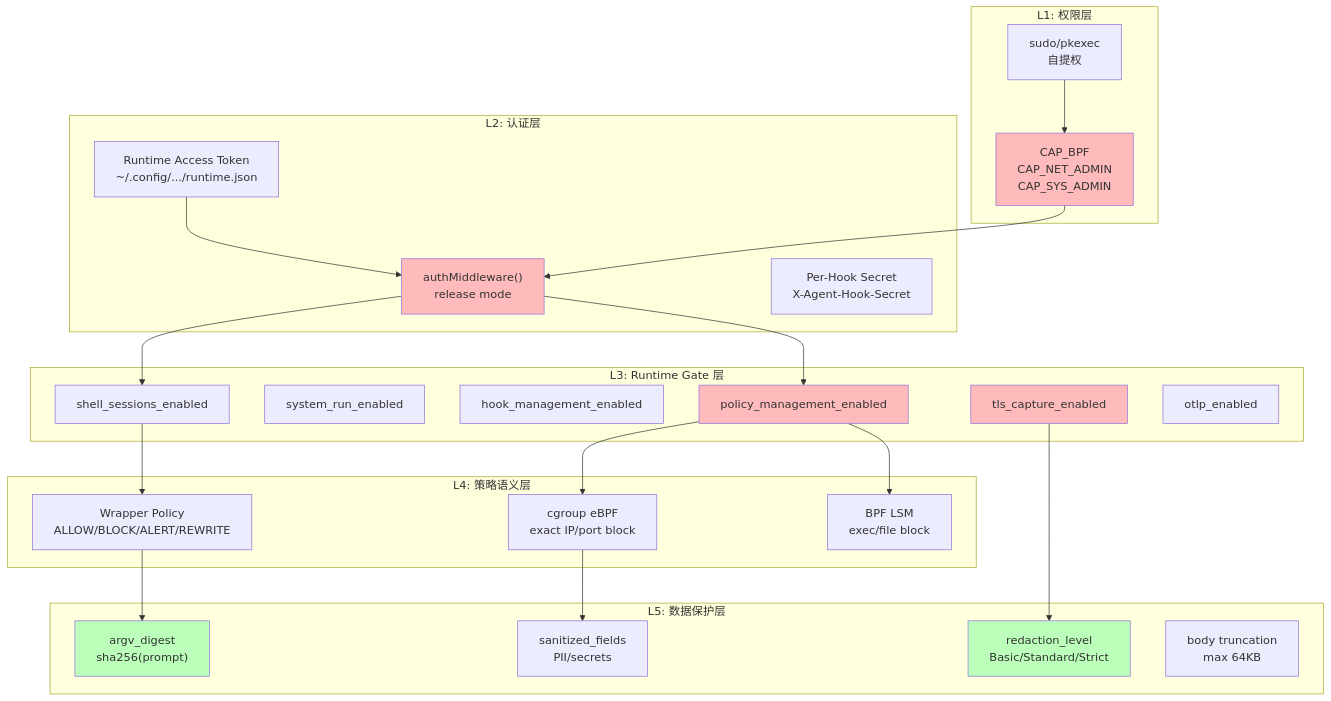
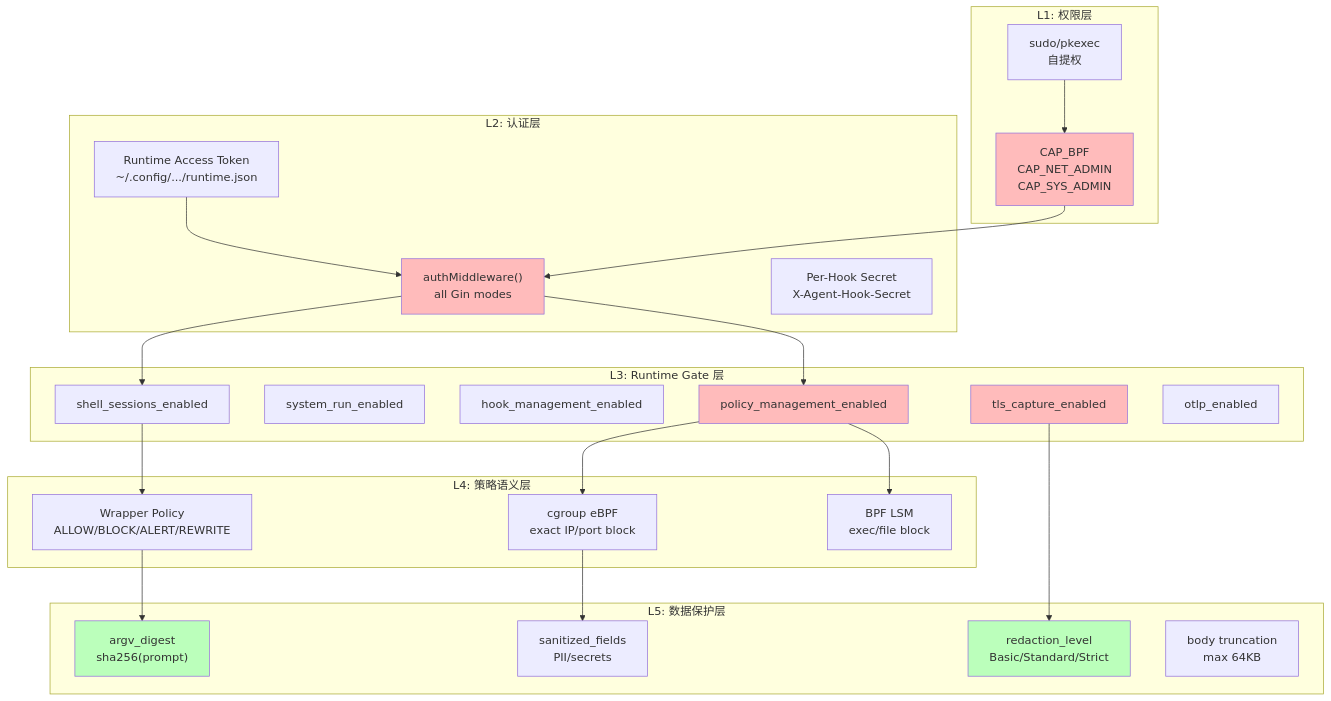
One commit to stevessr/agent-ebpf-filter changed the first of 6 diagrams in docs/security/model.md. Above: the diagram before and after it, drawn with Mermaid. The commit also changed other lines of this file and 29 other files, not shown here.

````diff
--- a/docs/security/model.md
+++ b/docs/security/model.md
@@ -5,54 +5,54 @@
 ```mermaid
 graph TB
     subgraph "L1: 权限层"
         CAP["CAP_BPF<br/>CAP_NET_ADMIN<br/>CAP_SYS_ADMIN"]
         Sudo["sudo/pkexec<br/>自提权"]
     end
     
     subgraph "L2: 认证层"
         Token["Runtime Access Token<br/>~/.config/.../runtime.json"]
-        Auth["authMiddleware()<br/>release mode"]
+        Auth["authMiddleware()<br/>all Gin modes"]
         HookSecret["Per-Hook Secret<br/>X-Agent-Hook-Secret"]
     end
     
     subgraph "L3: Runtime Gate 层"
         ShellGate["shell_sessions_enabled"]
         SystemGate["system_run_enabled"]
         HookGate["hook_management_enabled"]
         PolicyGate["policy_management_enabled"]
         TLSGate["tls_capture_enabled"]
         OTLPGate["otlp_enabled"]
     end
     
     subgraph "L4: 策略语义层"
         Wrapper["Wrapper Policy<br/>ALLOW/BLOCK/ALERT/REWRITE"]
         Cgroup["cgroup eBPF<br/>exact IP/port block"]
         LSM["BPF LSM<br/>exec/file block"]
     end
     
     subgraph "L5: 数据保护层"
         Digest["argv_digest<br/>sha256(prompt)"]
         Redaction["redaction_level<br/>Basic/Standard/Strict"]
         Sanitize["sanitized_fields<br/>PII/secrets"]
         Truncate["body truncation<br/>max 64KB"]
     end
     
     CAP --> Auth
     Sudo --> CAP
     Token --> Auth
     Auth --> ShellGate
     Auth --> PolicyGate
     ShellGate --> Wrapper
     PolicyGate --> Cgroup
     PolicyGate --> LSM
     TLSGate --> Redaction
     Wrapper --> Digest
     Cgroup --> Sanitize
     
     style CAP fill:#fbb
     style Auth fill:#fbb
     style PolicyGate fill:#fbb
     style TLSGate fill:#fbb
     style Redaction fill:#bfb
     style Digest fill:#bfb
 ```
````
